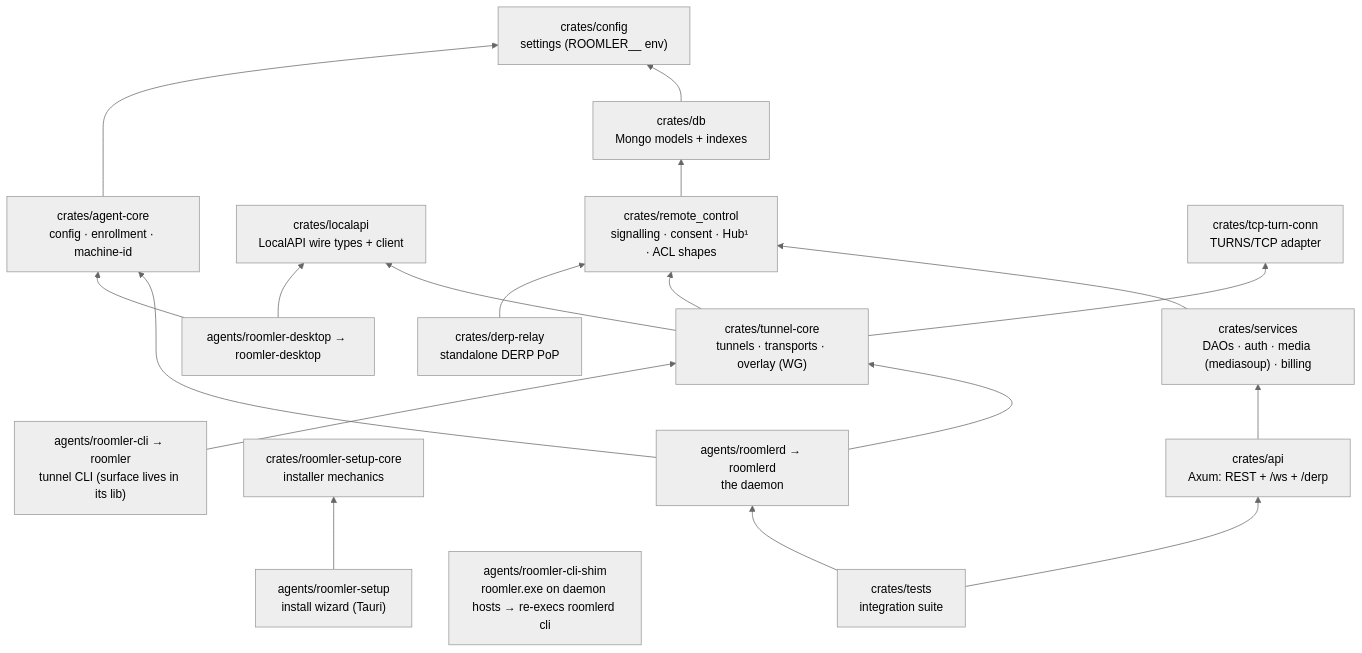
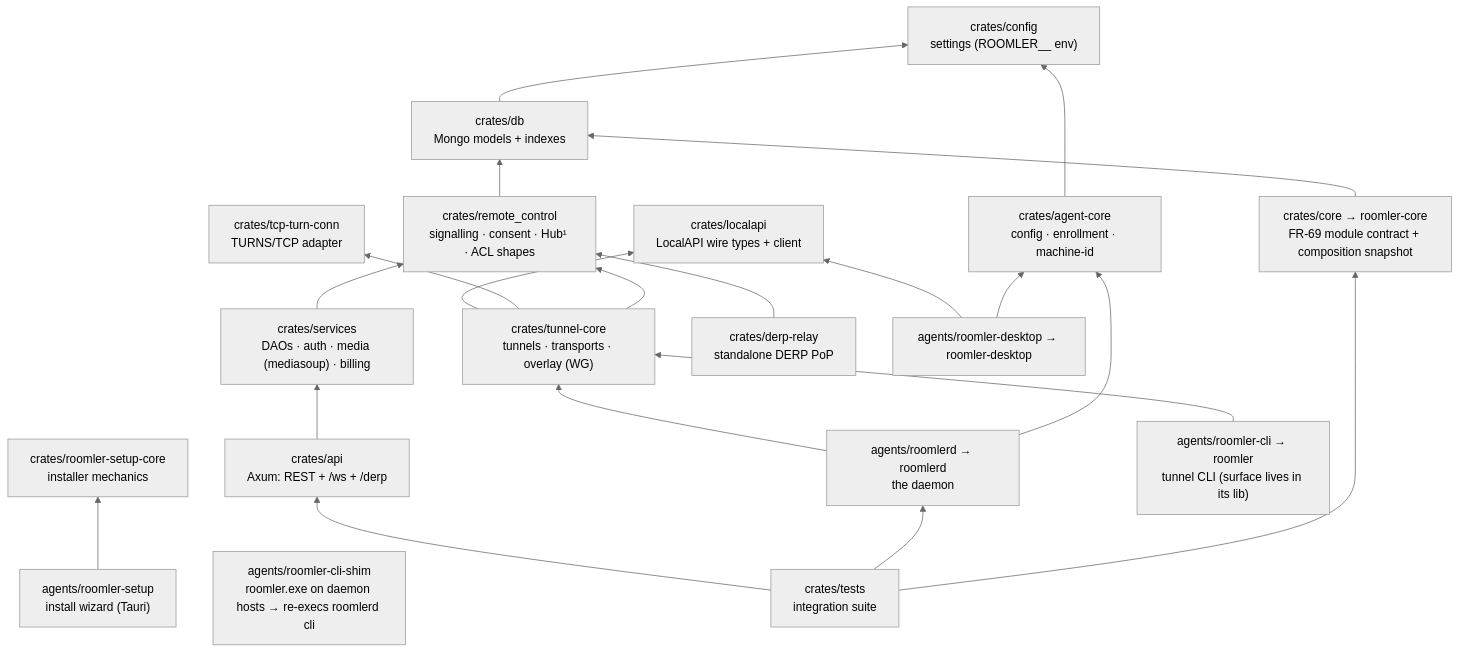
One commit to gjovanov/roomler-ai changed the third of 4 diagrams in docs/architecture.md. Above: the diagram before and after it, drawn with Mermaid (neutral theme). The commit also changed 2 other files, not shown here.

Commit message:
docs(fr): FR-69 — P0 field log: the recorded baseline (183 routes, 62 index sets, 96 wire names) and the three PRs (#1307)

````diff
--- a/docs/architecture.md
+++ b/docs/architecture.md
@@ -100,36 +100,38 @@
 ```mermaid
 flowchart BT
     config["crates/config<br/>settings (ROOMLER__ env)"]
     db["crates/db<br/>Mongo models + indexes"]
+    core["crates/core → roomler-core<br/>FR-69 module contract + composition snapshot"]
     rc["crates/remote_control<br/>signalling · consent · Hub¹ · ACL shapes"]
     services["crates/services<br/>DAOs · auth · media (mediasoup) · billing"]
     api["crates/api<br/>Axum: REST + /ws + /derp"]
     tests["crates/tests<br/>integration suite"]
 
     localapi["crates/localapi<br/>LocalAPI wire types + client"]
     agentcore["crates/agent-core<br/>config · enrollment · machine-id"]
     tunnelcore["crates/tunnel-core<br/>tunnels · transports · overlay (WG)"]
     tcpturn["crates/tcp-turn-conn<br/>TURNS/TCP adapter"]
     derprelay["crates/derp-relay<br/>standalone DERP PoP"]
     setupcore["crates/roomler-setup-core<br/>installer mechanics"]
 
     roomlerd["agents/roomlerd → roomlerd<br/>the daemon"]
     tunnel["agents/roomler-cli → roomler<br/>tunnel CLI (surface lives in its lib)"]
     shim["agents/roomler-cli-shim<br/>roomler.exe on daemon hosts → re-execs roomlerd cli"]
     tray["agents/roomler-desktop → roomler-desktop"]
     setup["agents/roomler-setup<br/>install wizard (Tauri)"]
 
     db --> config
+    core --> db
     rc --> db
     services --> rc
     api --> services
-    tests --> api & roomlerd
+    tests --> api & roomlerd & core
 
     tunnelcore --> localapi & tcpturn & rc
     agentcore --> config
     roomlerd --> tunnelcore & agentcore
     tunnel --> tunnelcore
     tray --> localapi & agentcore
     setup --> setupcore
     derprelay --> rc
 ```
````
